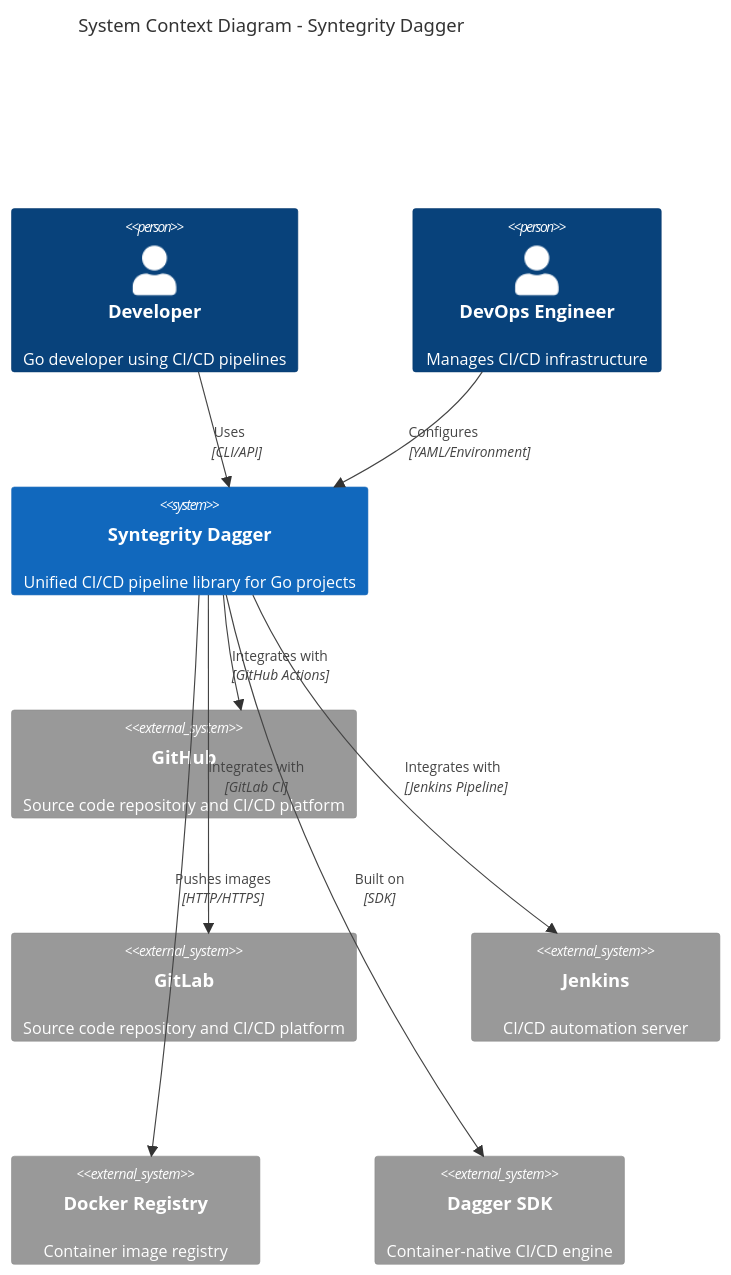
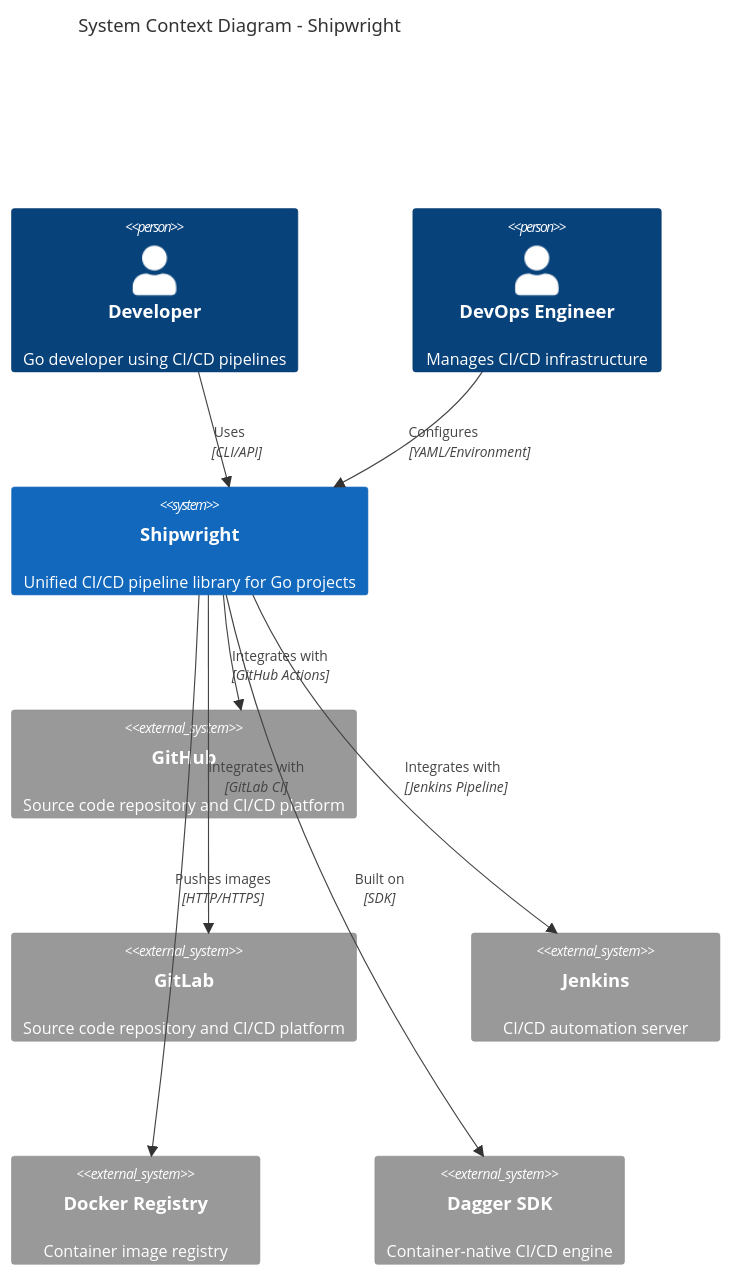
One commit to pablogore/shipwright changed the first of 5 diagrams in docs/ARCHITECTURE.md. Above: the diagram before and after it, drawn with Mermaid. The commit also changed other lines of this file and 29 other files, not shown here.

````diff
--- a/docs/ARCHITECTURE.md
+++ b/docs/ARCHITECTURE.md
@@ -13,24 +13,24 @@
 ```mermaid
 C4Context
-    title System Context Diagram - Syntegrity Dagger
+    title System Context Diagram - Shipwright
 
     Person(developer, "Developer", "Go developer using CI/CD pipelines")
     Person(devops, "DevOps Engineer", "Manages CI/CD infrastructure")
     
-    System(syntegrity, "Syntegrity Dagger", "Unified CI/CD pipeline library for Go projects")
+    System(shipwright, "Shipwright", "Unified CI/CD pipeline library for Go projects")
     
     System_Ext(github, "GitHub", "Source code repository and CI/CD platform")
     System_Ext(gitlab, "GitLab", "Source code repository and CI/CD platform")
     System_Ext(jenkins, "Jenkins", "CI/CD automation server")
     System_Ext(docker, "Docker Registry", "Container image registry")
     System_Ext(dagger, "Dagger SDK", "Container-native CI/CD engine")
     
-    Rel(developer, syntegrity, "Uses", "CLI/API")
-    Rel(devops, syntegrity, "Configures", "YAML/Environment")
+    Rel(developer, shipwright, "Uses", "CLI/API")
+    Rel(devops, shipwright, "Configures", "YAML/Environment")
     
-    Rel(syntegrity, github, "Integrates with", "GitHub Actions")
-    Rel(syntegrity, gitlab, "Integrates with", "GitLab CI")
-    Rel(syntegrity, jenkins, "Integrates with", "Jenkins Pipeline")
-    Rel(syntegrity, docker, "Pushes images", "HTTP/HTTPS")
-    Rel(syntegrity, dagger, "Built on", "SDK")
+    Rel(shipwright, github, "Integrates with", "GitHub Actions")
+    Rel(shipwright, gitlab, "Integrates with", "GitLab CI")
+    Rel(shipwright, jenkins, "Integrates with", "Jenkins Pipeline")
+    Rel(shipwright, docker, "Pushes images", "HTTP/HTTPS")
+    Rel(shipwright, dagger, "Built on", "SDK")
 ```
````
